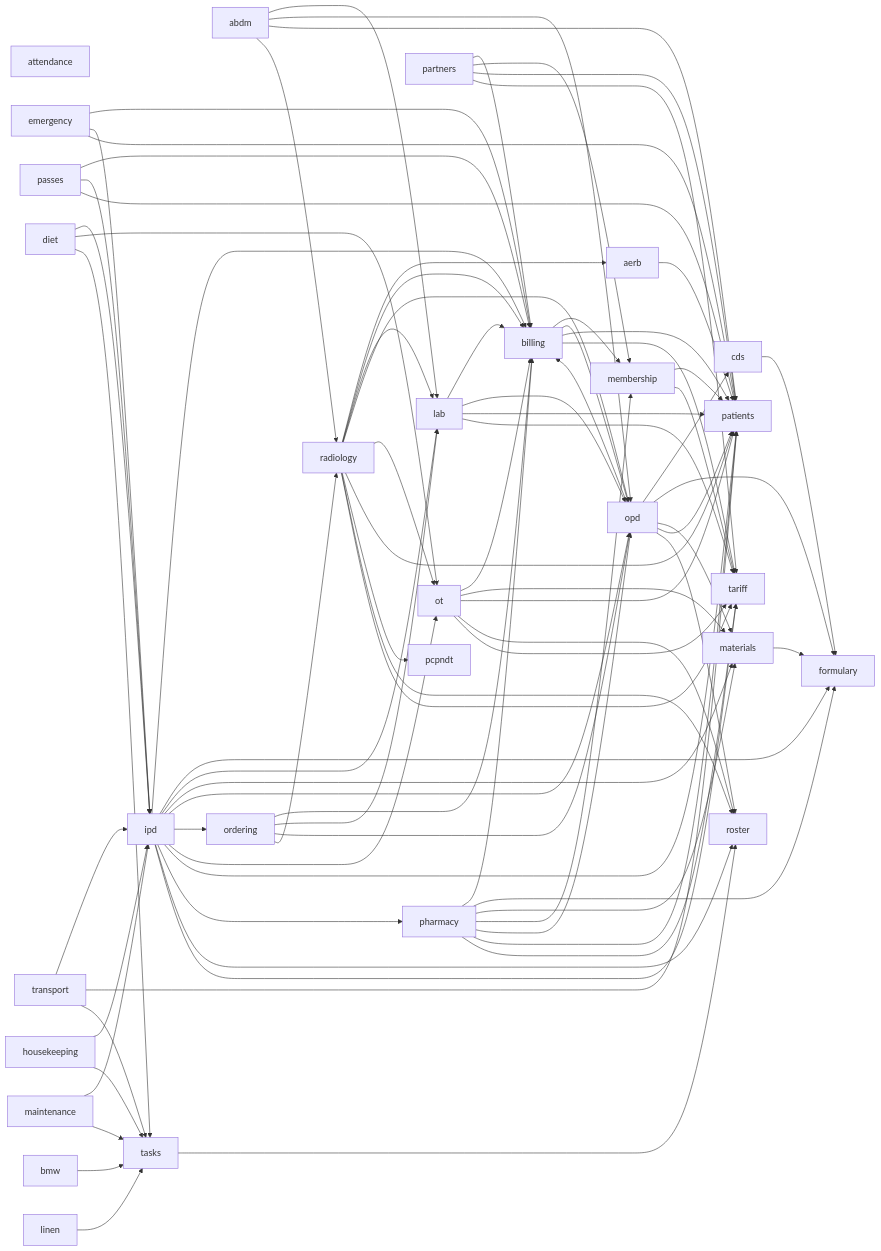
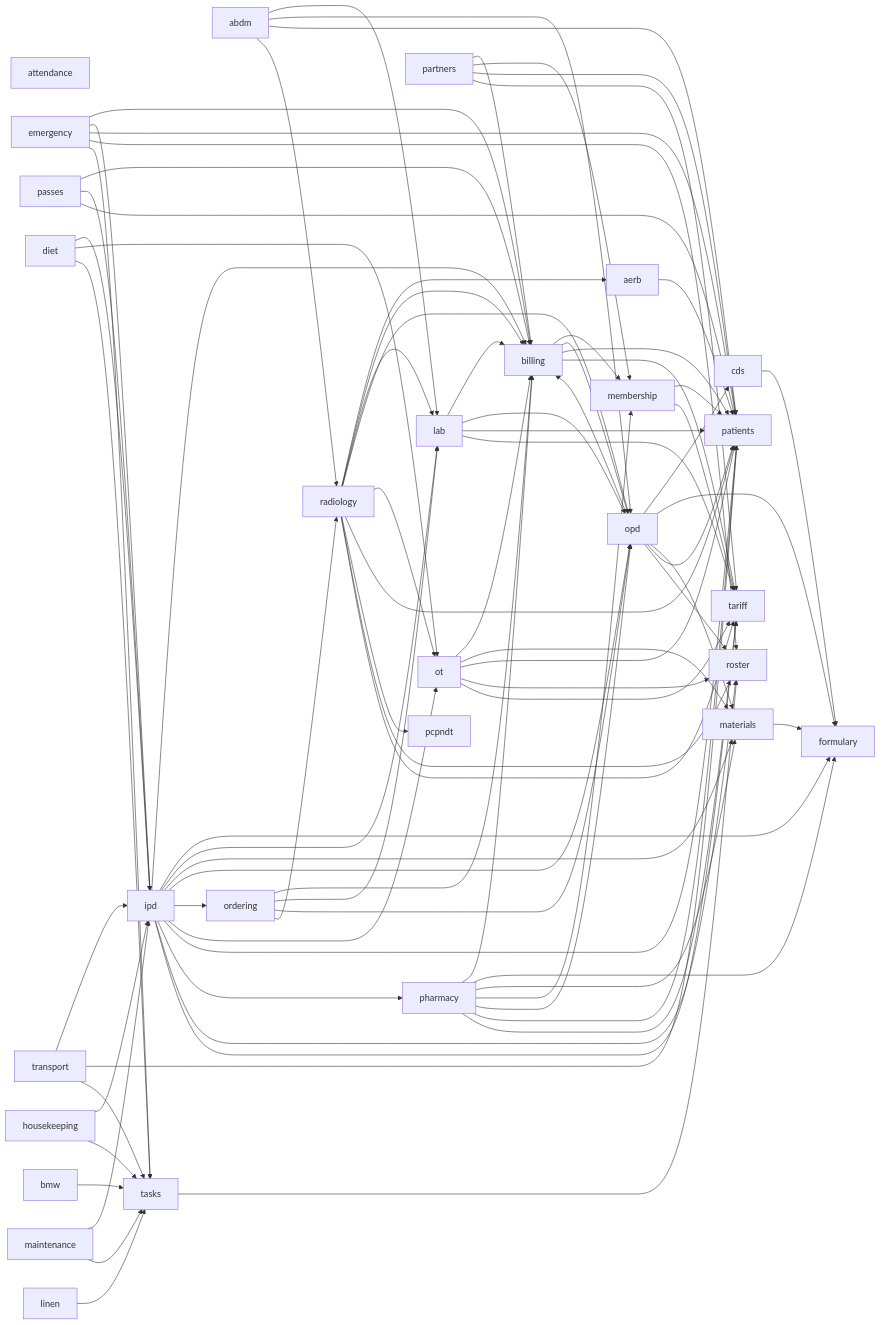
One commit to ankits3a/hims-hmis changed the second of 2 diagrams in docs/architecture/README.md. Above: the diagram before and after it, drawn with Mermaid. The commit also changed other lines of this file and 48 other files, not shown here.

First line of the commit message:
feat(emergency): ER lane 2 — ESI triage, re-triage clock (task, then climb), vitals, bays, ER doctor, take unit, OPD red flag (#809)

```diff
--- a/docs/architecture/README.md
+++ b/docs/architecture/README.md
@@ -76,6 +76,8 @@
   emergency --> billing
   emergency --> ipd
   emergency --> patients
+  emergency --> roster
+  emergency --> tasks
   housekeeping --> ipd
   housekeeping --> tasks
   ipd --> billing
```
